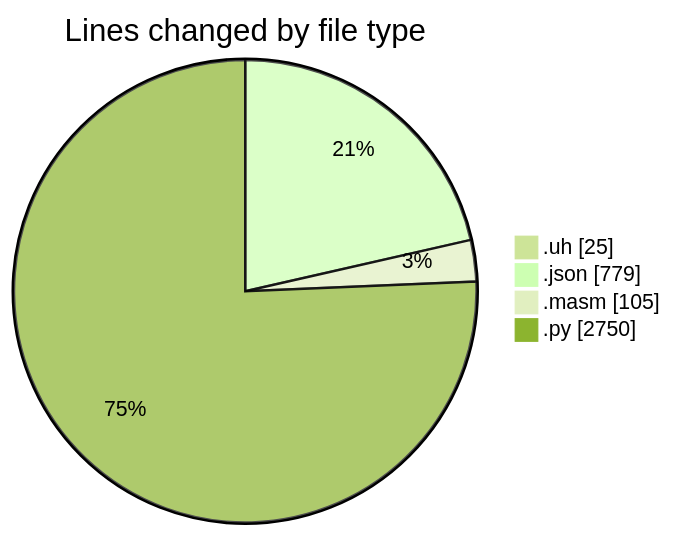
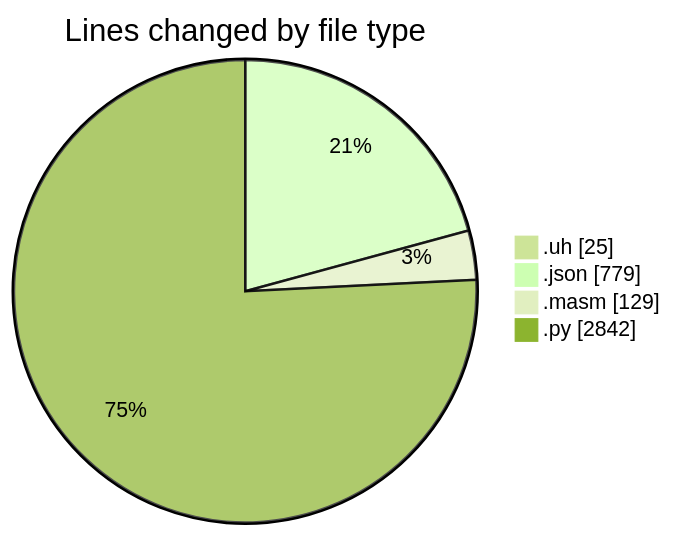
The first of 2 diagrams in 2025-04-30/uhigh-lang/README.md (charlie-sans/code-tracking), drawn with Mermaid (forest theme) before and after one commit. The commit also changed other lines of this file and 1 other file, not shown here.

````diff
--- a/2025-04-30/uhigh-lang/README.md
+++ b/2025-04-30/uhigh-lang/README.md
@@ -26,8 +26,8 @@
 ```mermaid
 pie showData
 title Lines changed by file type
 ".uh" : 25
 ".json" : 779
-".masm" : 105
-".py" : 2750
+".masm" : 129
+".py" : 2842
 ```
````
